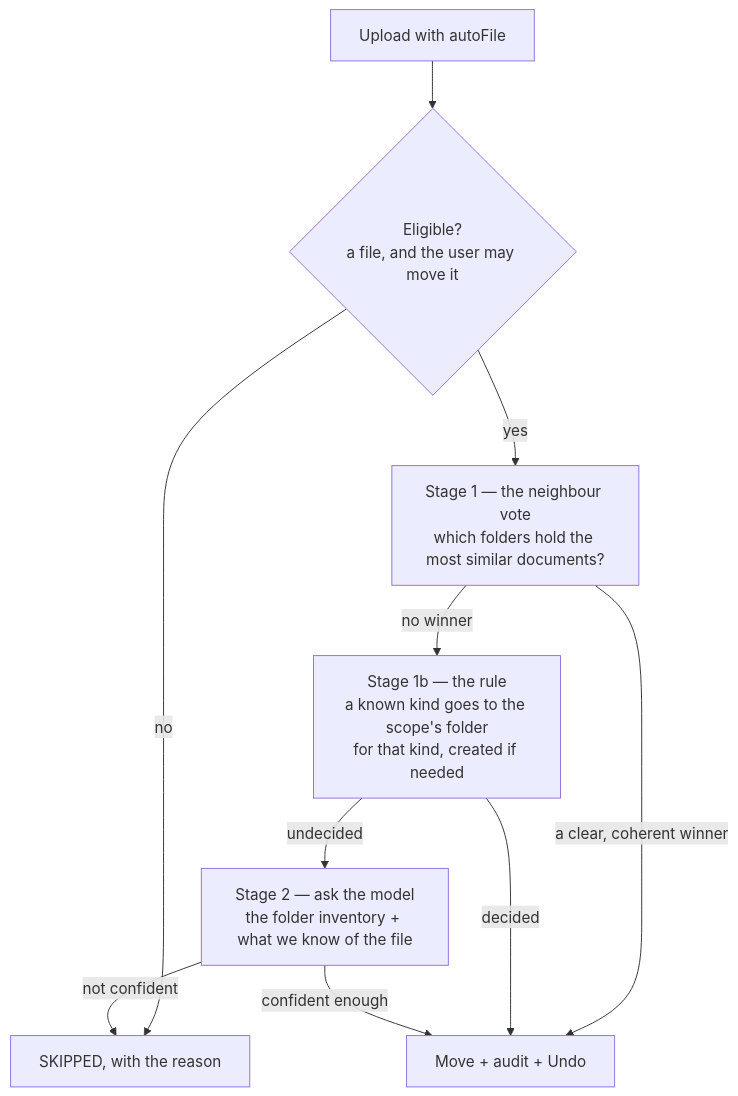
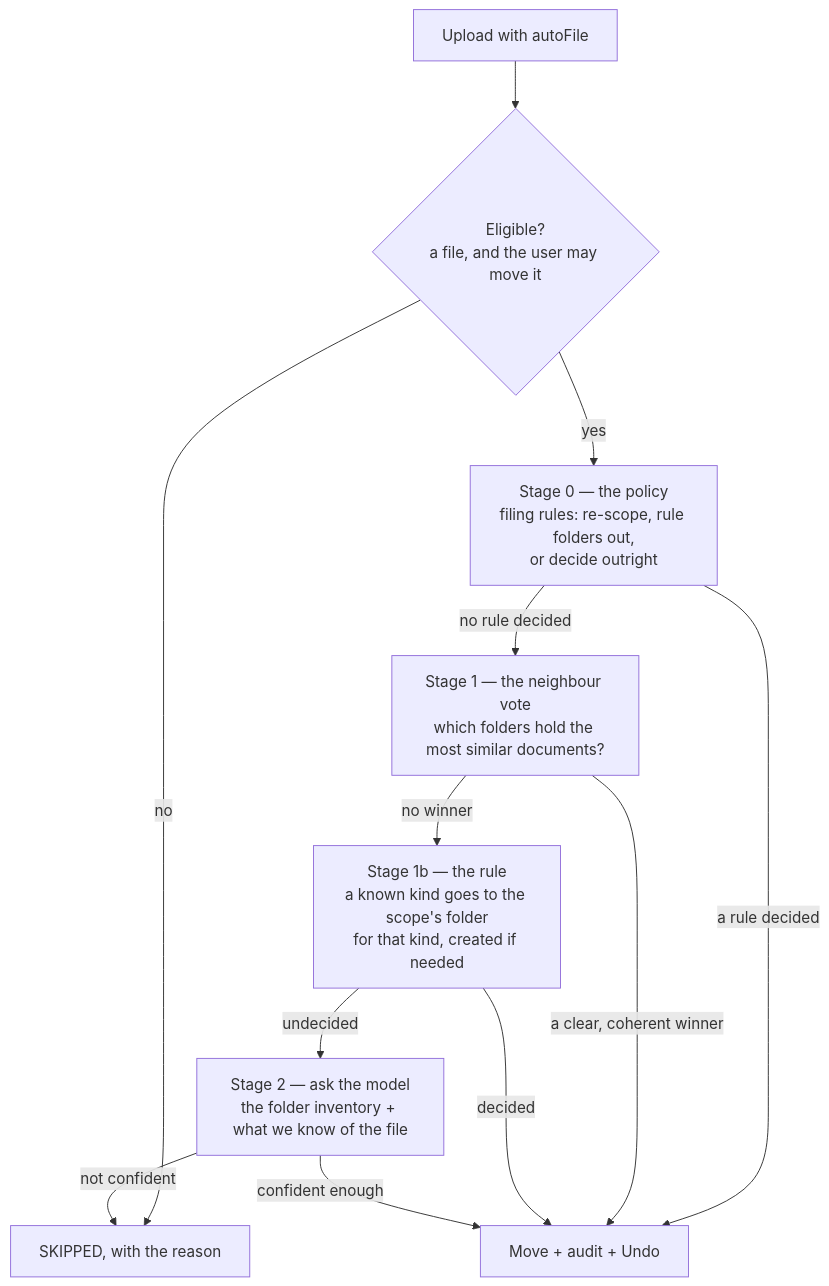
Before and after one commit to openfilz/openfilz-core: the fifth of 5 diagrams in docs/ai-overview.md, drawn with Mermaid. The commit also changed other lines of this file and 68 other files, not shown here.

````diff
--- a/docs/ai-overview.md
+++ b/docs/ai-overview.md
@@ -310,12 +310,14 @@
 ```mermaid
 flowchart TD
     U["Upload with autoFile"] --> E{"Eligible?<br/>a file, and the user may move it"}
     E -->|no| SK["SKIPPED, with the reason"]
-    E -->|yes| S1["Stage 1 — the neighbour vote<br/>which folders hold the most similar documents?"]
-    S1 -->|"a clear, coherent winner"| DONE["Move + audit + Undo"]
+    E -->|yes| S0["Stage 0 — the policy<br/>filing rules: re-scope, rule folders out,<br/>or decide outright"]
+    S0 -->|"a rule decided"| DONE["Move + audit + Undo"]
+    S0 -->|"no rule decided"| S1["Stage 1 — the neighbour vote<br/>which folders hold the most similar documents?"]
+    S1 -->|"a clear, coherent winner"| DONE
     S1 -->|"no winner"| S1B["Stage 1b — the rule<br/>a known kind goes to the scope's folder<br/>for that kind, created if needed"]
     S1B -->|"decided"| DONE
     S1B -->|"undecided"| S2["Stage 2 — ask the model<br/>the folder inventory + what we know of the file"]
     S2 -->|"confident enough"| DONE
     S2 -->|"not confident"| SK
 ```
````
